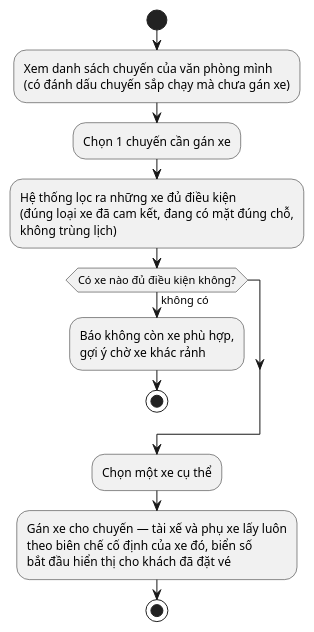
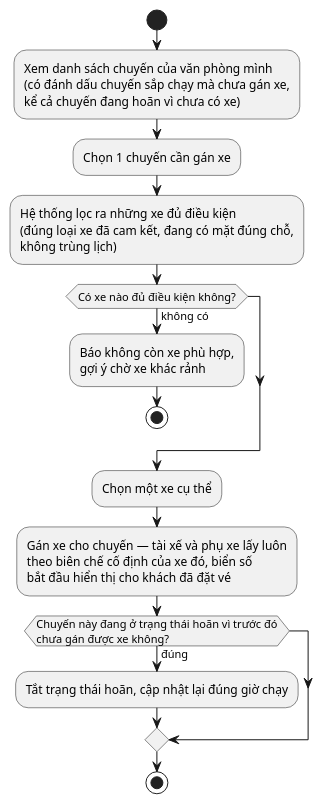
Before and after one commit to nguyenvietanhit19/Project1_HeThongQuanLyNhaXeKhachLienTinh: diagram 25 of 52 in UML_DIAGRAMS.md, drawn with PlantUML. The commit also changed other lines of this file and 4 other files, not shown here.

````diff
--- a/UML_DIAGRAMS.md
+++ b/UML_DIAGRAMS.md
@@ -622,15 +659,18 @@
 ```plantuml
 @startuml AD_UC44_GanXe
 start
-:Xem danh sách chuyến của văn phòng mình\n(có đánh dấu chuyến sắp chạy mà chưa gán xe);
+:Xem danh sách chuyến của văn phòng mình\n(có đánh dấu chuyến sắp chạy mà chưa gán xe,\nkể cả chuyến đang hoãn vì chưa có xe);
 :Chọn 1 chuyến cần gán xe;
 :Hệ thống lọc ra những xe đủ điều kiện\n(đúng loại xe đã cam kết, đang có mặt đúng chỗ,\nkhông trùng lịch);
 if (Có xe nào đủ điều kiện không?) then (không có)
   :Báo không còn xe phù hợp,\ngợi ý chờ xe khác rảnh;
   stop
 endif
 :Chọn một xe cụ thể;
 :Gán xe cho chuyến — tài xế và phụ xe lấy luôn\ntheo biên chế cố định của xe đó, biển số\nbắt đầu hiển thị cho khách đã đặt vé;
+if (Chuyến này đang ở trạng thái hoãn vì trước đó\nchưa gán được xe không?) then (đúng)
+  :Tắt trạng thái hoãn, cập nhật lại đúng giờ chạy;
+endif
 stop
 @enduml
 ```
````
